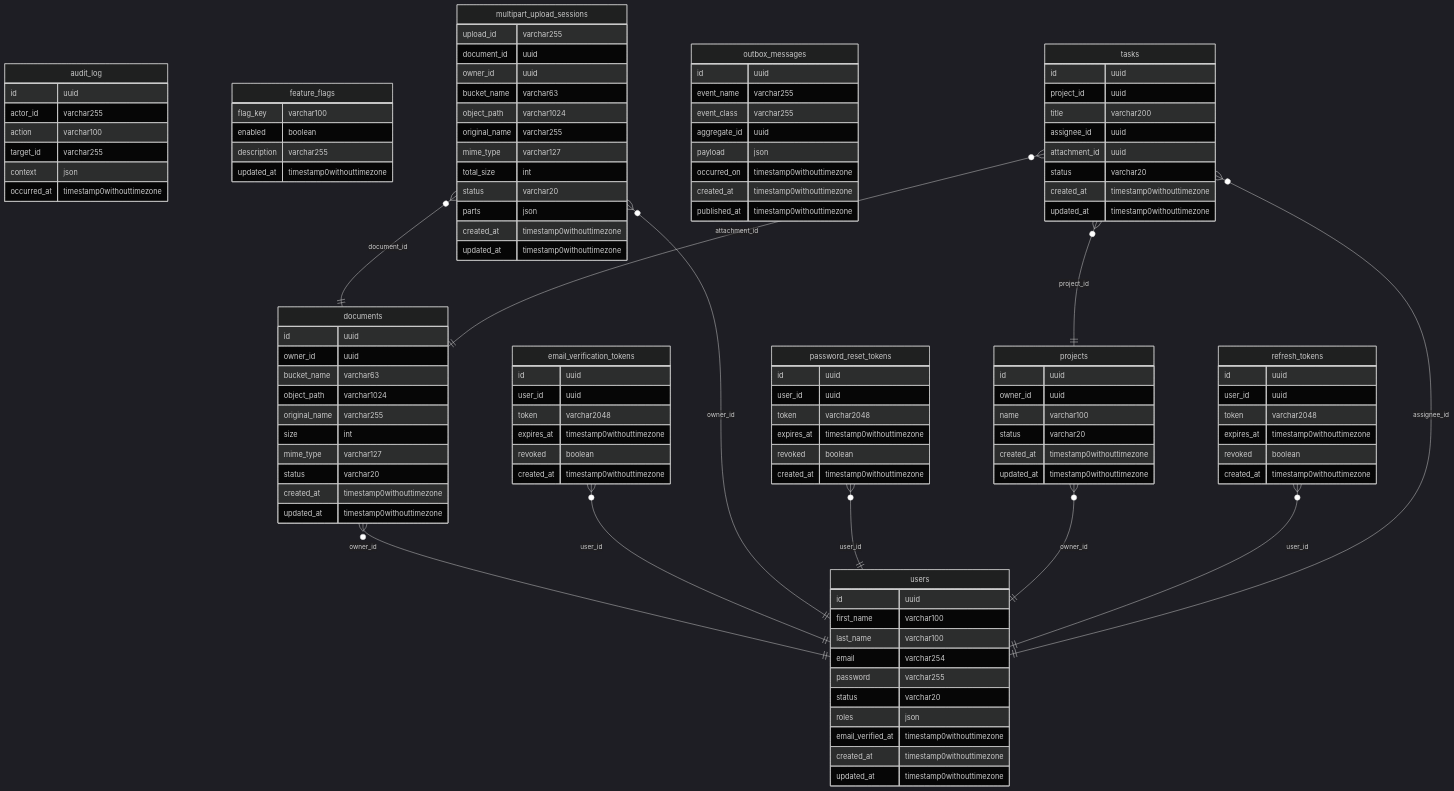
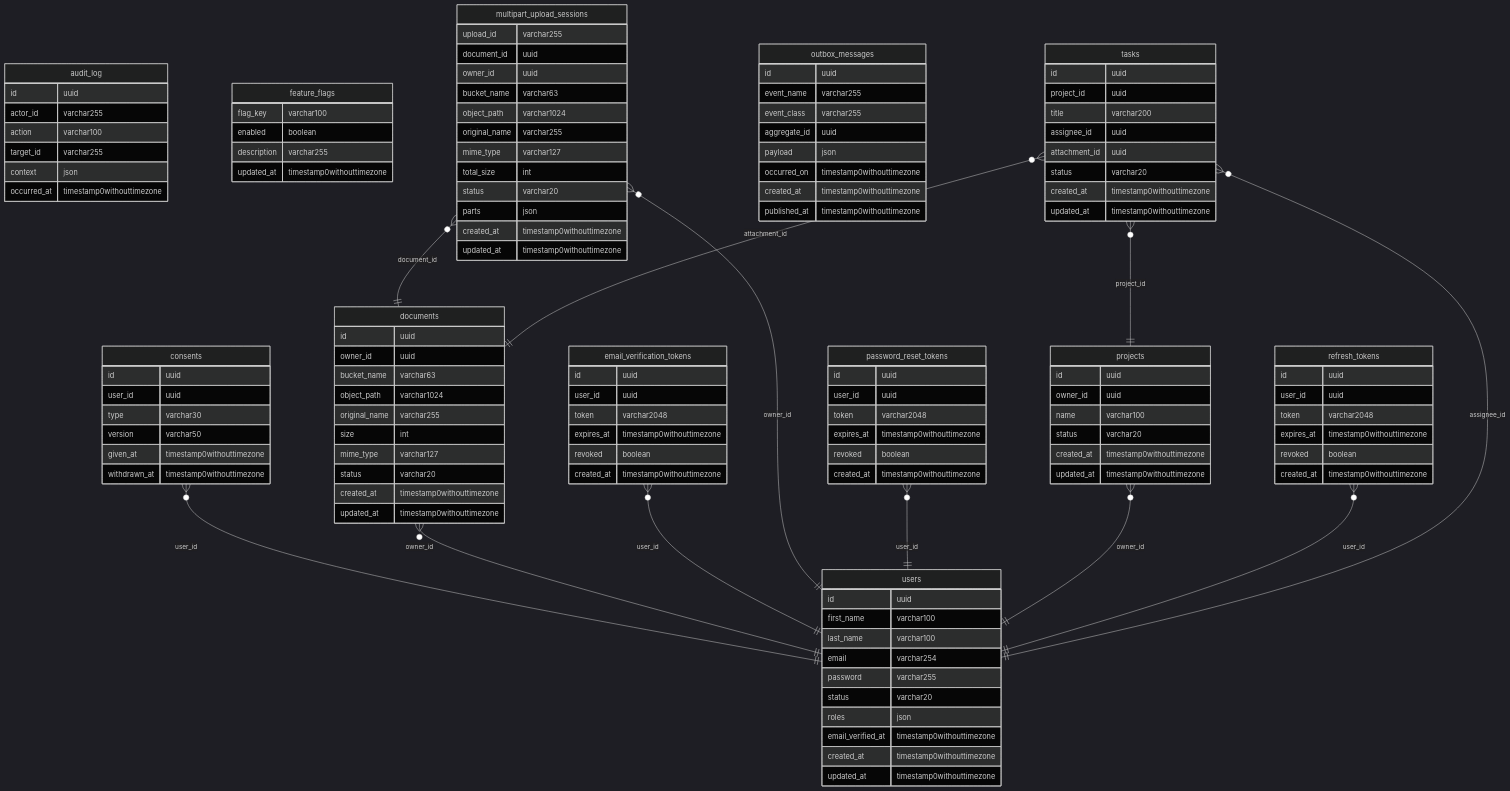
One commit to SorenMesselier-Sentis/template-ddd-symfony-api changed the diagram in docs/er-diagram.md. Above: the diagram before and after it, drawn with Mermaid (dark theme). The commit also changed 58 other files, not shown here.

```diff
--- a/docs/er-diagram.md
+++ b/docs/er-diagram.md
@@ -9,6 +9,14 @@
         target_id varchar255
         context json
         occurred_at timestamp0withouttimezone
+    }
+    consents {
+        id uuid
+        user_id uuid
+        type varchar30
+        version varchar50
+        given_at timestamp0withouttimezone
+        withdrawn_at timestamp0withouttimezone
     }
     documents {
         id uuid
@@ -106,6 +114,7 @@
         created_at timestamp0withouttimezone
         updated_at timestamp0withouttimezone
     }
+    consents }o--|| users : "user_id"
     documents }o--|| users : "owner_id"
     email_verification_tokens }o--|| users : "user_id"
     multipart_upload_sessions }o--|| documents : "document_id"
```
